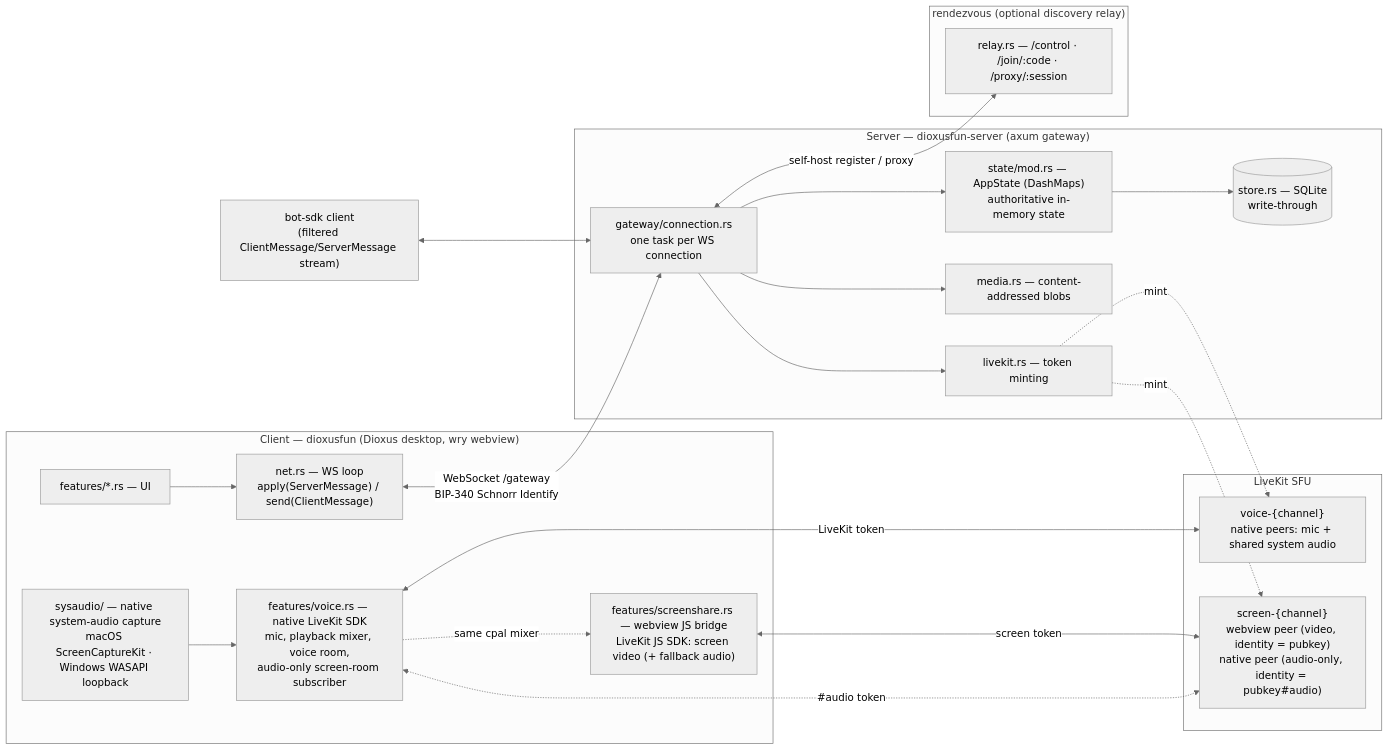
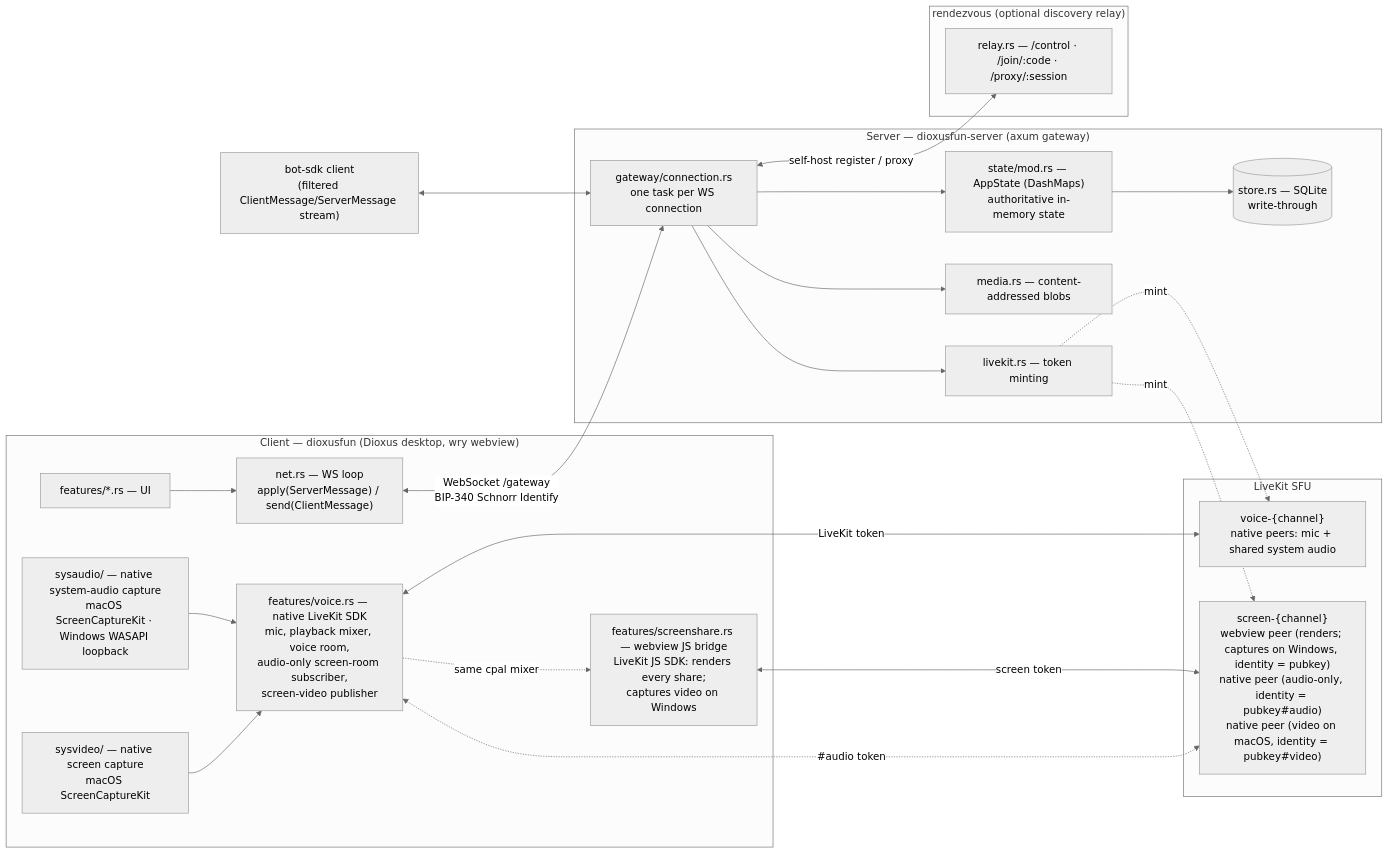
The diagram in README.md (ssotomayor/discordia), drawn with Mermaid (neutral theme) before and after one commit. The commit also changed other lines of this file and 2 other files, not shown here.

````diff
--- a/README.md
+++ b/README.md
@@ -84,44 +84,46 @@
 ```mermaid
 flowchart LR
     subgraph Client["Client — dioxusfun (Dioxus desktop, wry webview)"]
         UI["features/*.rs — UI"]
         Net["net.rs — WS loop<br/>apply(ServerMessage) / send(ClientMessage)"]
-        Voice["features/voice.rs — native LiveKit SDK<br/>mic, playback mixer, voice room,<br/>audio-only screen-room subscriber"]
+        Voice["features/voice.rs — native LiveKit SDK<br/>mic, playback mixer, voice room,<br/>audio-only screen-room subscriber,<br/>screen-video publisher"]
         SysAudio["sysaudio/ — native system-audio capture<br/>macOS ScreenCaptureKit · Windows WASAPI loopback"]
-        WebJS["features/screenshare.rs — webview JS bridge<br/>LiveKit JS SDK: screen video (+ fallback audio)"]
+        SysVideo["sysvideo/ — native screen capture<br/>macOS ScreenCaptureKit"]
+        WebJS["features/screenshare.rs — webview JS bridge<br/>LiveKit JS SDK: renders every share;<br/>captures video on Windows"]
         UI --> Net
         SysAudio --> Voice
+        SysVideo --> Voice
         Voice -. same cpal mixer .-> WebJS
     end
 
     subgraph Server["Server — dioxusfun-server (axum gateway)"]
         Gateway["gateway/connection.rs<br/>one task per WS connection"]
         State["state/mod.rs — AppState (DashMaps)<br/>authoritative in-memory state"]
         Store[("store.rs — SQLite<br/>write-through")]
         Media["media.rs — content-addressed blobs"]
         LK["livekit.rs — token minting"]
         Gateway --> State --> Store
         Gateway --> Media
         Gateway --> LK
     end
 
     subgraph SFU["LiveKit SFU"]
         VoiceRoom["voice-{channel}<br/>native peers: mic + shared system audio"]
-        ScreenRoom["screen-{channel}<br/>webview peer (video, identity = pubkey)<br/>native peer (audio-only, identity = pubkey#audio)"]
+        ScreenRoom["screen-{channel}<br/>webview peer (renders; captures on Windows, identity = pubkey)<br/>native peer (audio-only, identity = pubkey#audio)<br/>native peer (video on macOS, identity = pubkey#video)"]
     end
 
     subgraph Rendezvous["rendezvous (optional discovery relay)"]
         Relay["relay.rs — /control · /join/:code · /proxy/:session"]
     end
 
     Bot["bot-sdk client<br/>(filtered ClientMessage/ServerMessage stream)"]
 
     Net <-->|"WebSocket /gateway<br/>BIP-340 Schnorr Identify"| Gateway
     Bot <--> Gateway
     Voice <-->|LiveKit token| VoiceRoom
     WebJS <-->|screen token| ScreenRoom
     Voice <-.->|"#audio token"| ScreenRoom
     LK -.mint.-> VoiceRoom
     LK -.mint.-> ScreenRoom
     Gateway <-->|self-host register / proxy| Relay
 ```
````
